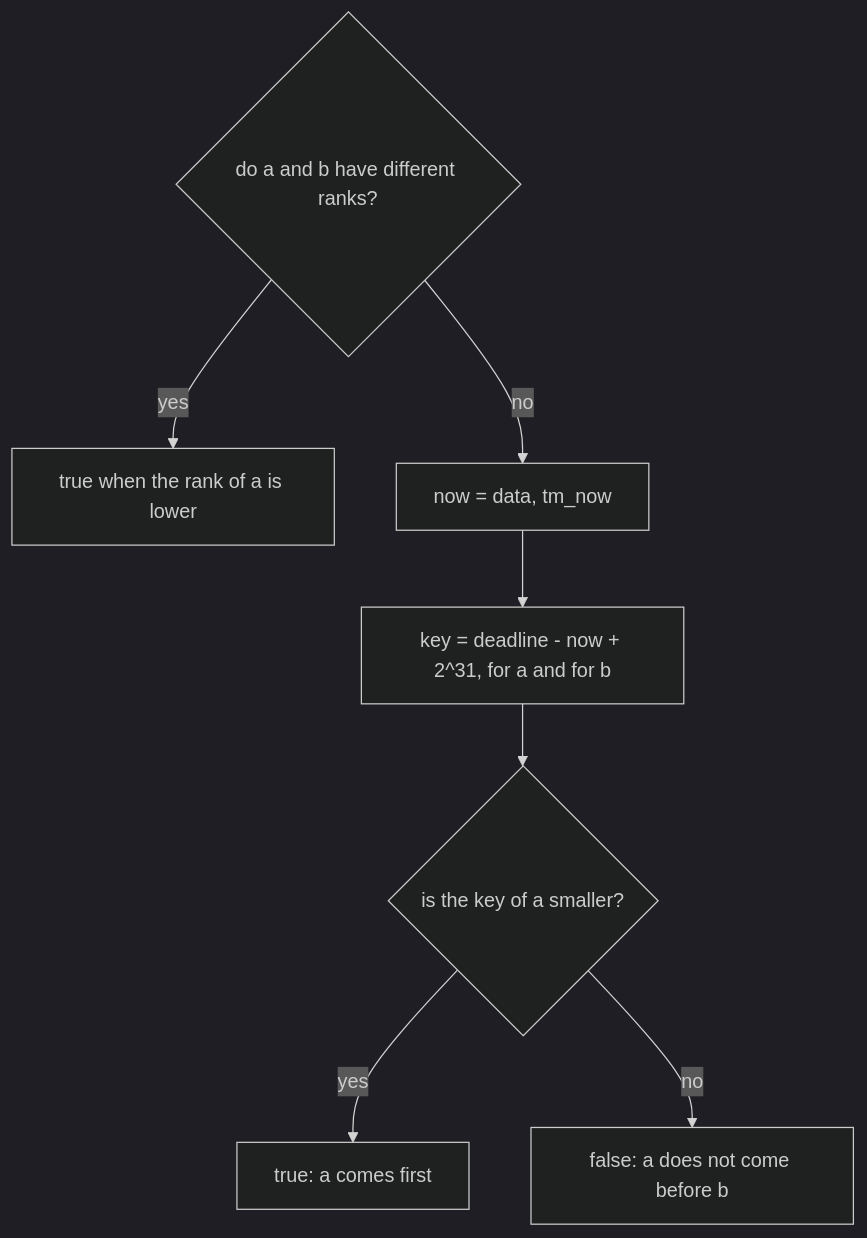
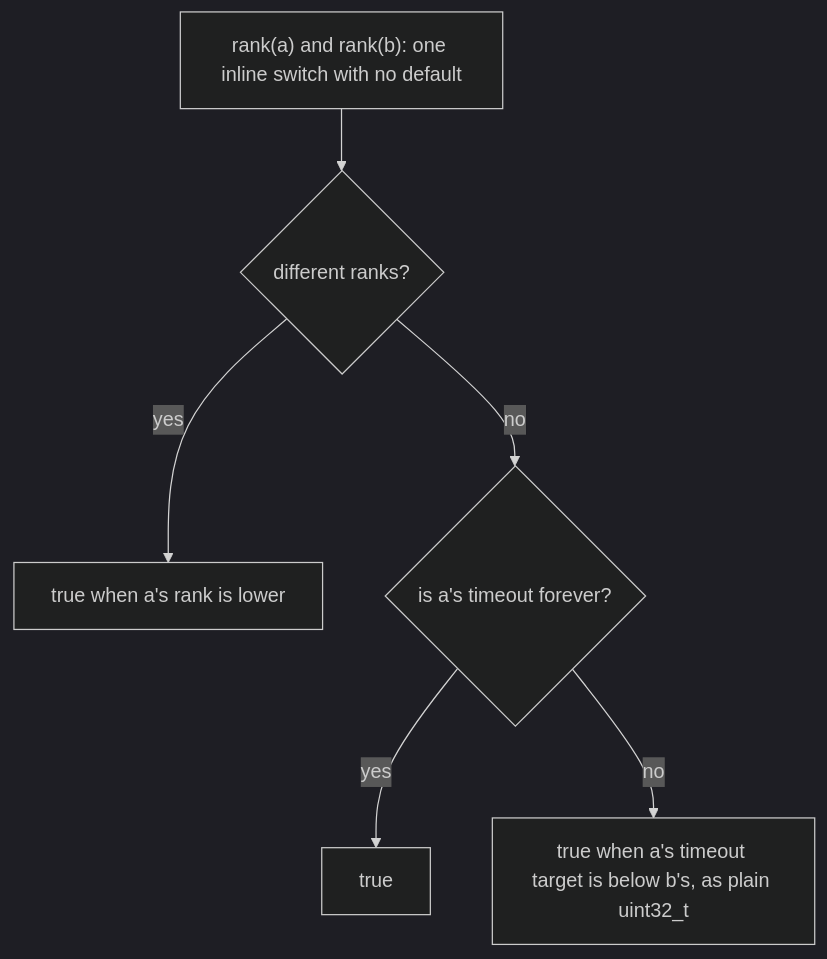
The seventh of 9 diagrams in spec.md (solariun/atomicx2), drawn with Mermaid (dark theme) before and after one commit. The commit also changed other lines of this file and 9 other files, not shown here.

````diff
--- a/spec.md
+++ b/spec.md
@@ -528,10 +538,8 @@
 ```mermaid
 flowchart TD
-    q1{"do a and b have different ranks?"}
-    q1 -->|yes| r1["true when the rank of a is lower"]
-    q1 -->|no| n["now = data, tm_now"]
-    n --> k["key = deadline - now + 2^31, for a and for b"]
-    k --> q2{"is the key of a smaller?"}
-    q2 -->|yes| t["true: a comes first"]
-    q2 -->|no| f["false: a does not come before b"]
+    r["rank(a) and rank(b): one inline switch with no default"] --> q1{"different ranks?"}
+    q1 -->|yes| r1["true when a's rank is lower"]
+    q1 -->|no| q2{"is a's timeout forever?"}
+    q2 -->|yes| t["true"]
+    q2 -->|no| q3["true when a's timeout target is below b's, as plain uint32_t"]
 ```
````
